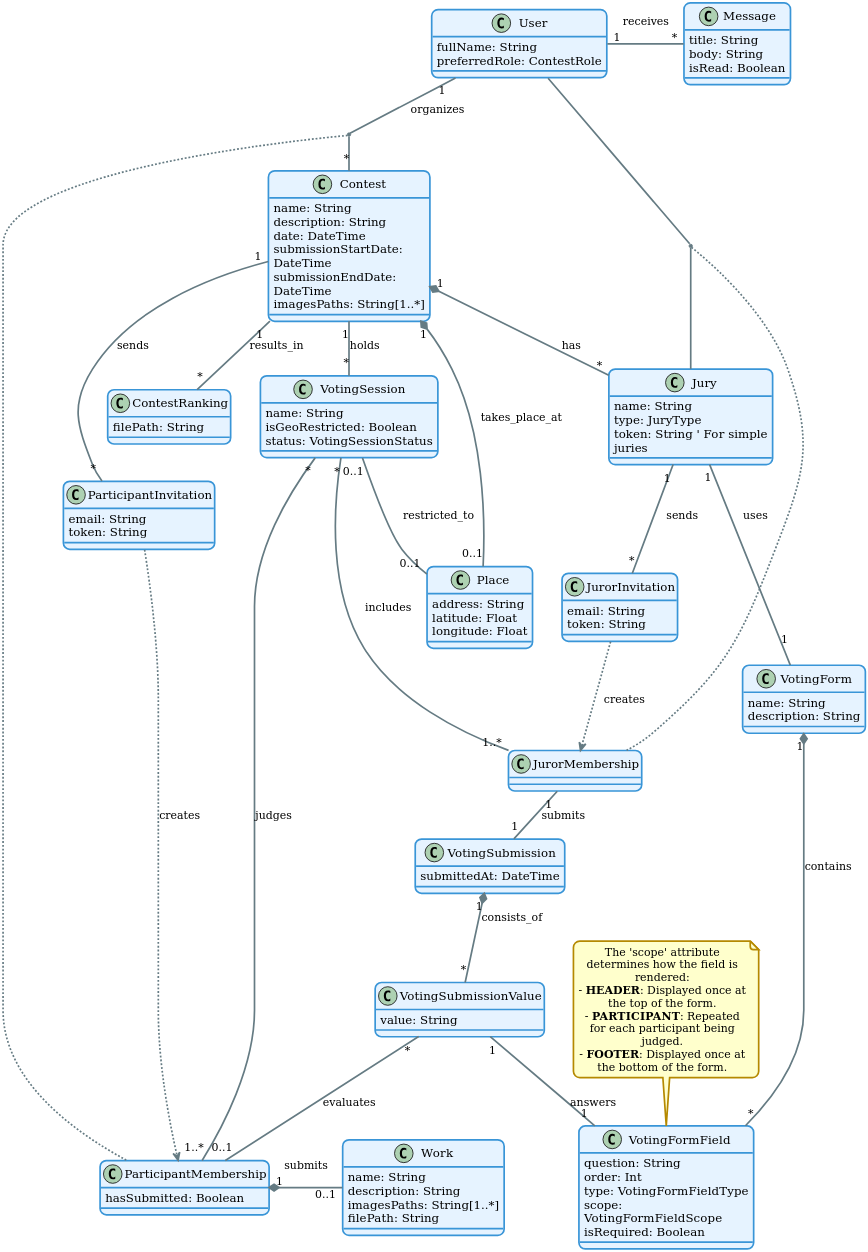
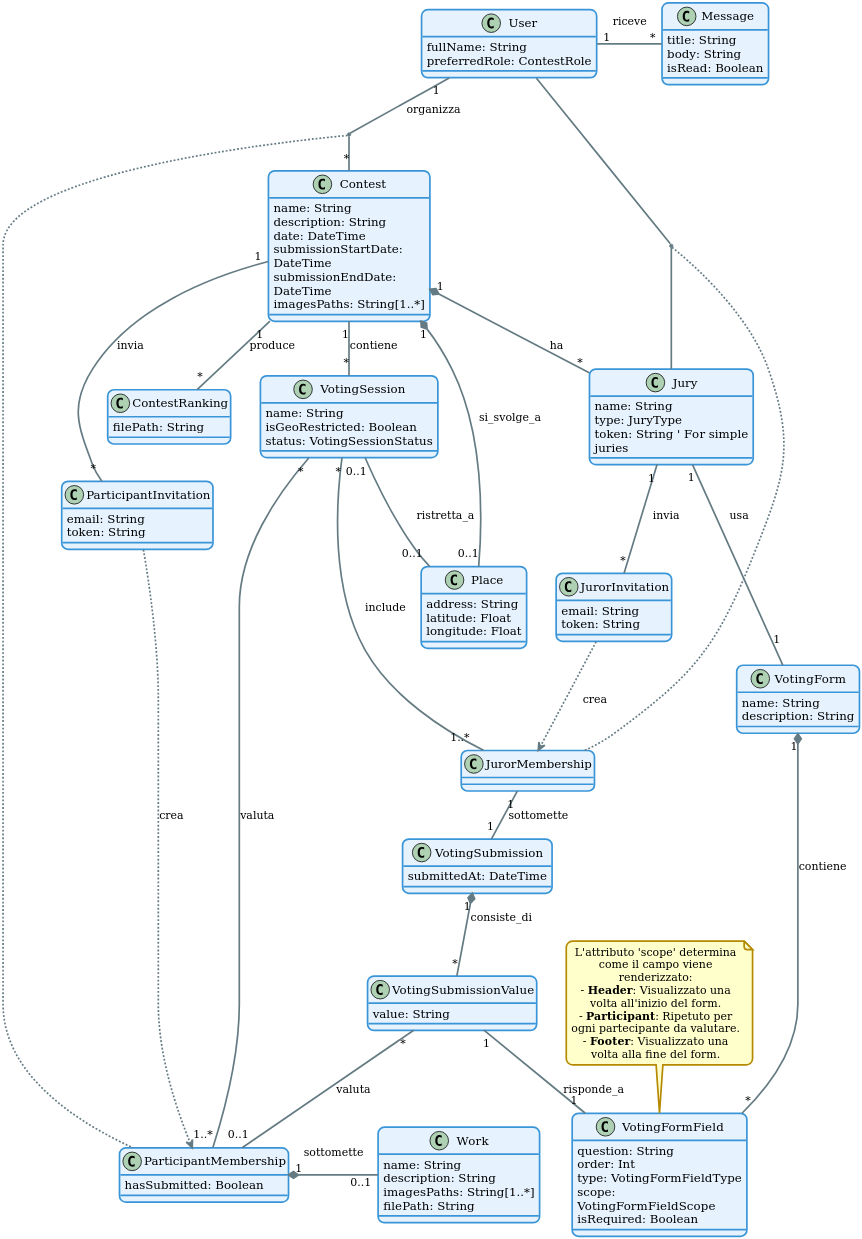
One commit to TMoretta/Swift-Contest changed the diagram in thesis/diagrams/src/class-diagram.puml. Above: the diagram before and after it, drawn with PlantUML. The commit also changed 61 other files, not shown here.

```diff
--- a/thesis/diagrams/src/class-diagram.puml
+++ b/thesis/diagrams/src/class-diagram.puml
@@ -1,156 +1,156 @@
 @startuml
 
 !theme sunlust
 skinparam dpi 300
 top to bottom direction
 skinparam backgroundColor transparent
 skinparam actorStyle awesome
 skinparam shadowing false
 skinparam ranksep 40
 
 skinparam class {
   backgroundColor #E6F3FF
   borderColor #3995D7
 }
 
 ' =======================================
 ' Definizione delle Classi
 ' =======================================
 
 class User {
   fullName: String
   preferredRole: ContestRole
 }
 
 class Message {
   title: String
   body: String
   isRead: Boolean
 }
 
 class Contest {
   name: String
   description: String
   date: DateTime
   submissionStartDate: DateTime
   submissionEndDate: DateTime
   imagesPaths: String[1..*]
 }
 
 class Place {
   address: String
   latitude: Float
   longitude: Float
 }
 
 class Work {
   name: String
   description: String
   imagesPaths: String[1..*]
   filePath: String
 }
 
 class Jury {
   name: String
   type: JuryType
   token: String ' For simple juries
 }
 
 class VotingForm {
   name: String
   description: String
 }
 
 class VotingFormField {
   question: String
   order: Int
   type: VotingFormFieldType
   scope: VotingFormFieldScope
   isRequired: Boolean
 }
 
 class VotingSession {
   name: String
   isGeoRestricted: Boolean
   status: VotingSessionStatus
 }
 
 class ContestRanking {
   filePath: String
 }
 
 class VotingSubmission {
   submittedAt: DateTime
 }
 
 class VotingSubmissionValue {
   value: String
 }
 
 ' --- Classi di Associazione e Invito ---
 class ParticipantMembership {
   hasSubmitted: Boolean
 }
 
 class JurorMembership {
 }
 
 class ParticipantInvitation {
   email: String
   token: String
 }
 
 class JurorInvitation {
   email: String
   token: String
 }
 
 ' --- Nota Esplicativa per la logica dello Scope ---
-note "The 'scope' attribute determines how the field is rendered:\n- **HEADER**: Displayed once at the top of the form.\n- **PARTICIPANT**: Repeated for each participant being judged.\n- **FOOTER**: Displayed once at the bottom of the form." as NOTE_VotingFormField
+note "L'attributo 'scope' determina come il campo viene renderizzato:\n- **Header**: Visualizzato una volta all'inizio del form.\n- **Participant**: Ripetuto per ogni partecipante da valutare.\n- **Footer**: Visualizzato una volta alla fine del form." as NOTE_VotingFormField
 NOTE_VotingFormField .- VotingFormField
 
 ' =======================================
 ' Definizione delle Relazioni
 ' =======================================
 
 ' --- Relazioni Principali ---
-User "1" -r- "*" Message : receives\n
-User "1" -- "*" Contest : organizes
+User "1" -r- "*" Message : riceve\n
+User "1" -- "*" Contest : organizza
 
 ' MODIFICA: Usata la composizione
-Contest "1" *-- "0..1" Place : takes_place_at
-Contest "1" *-- "*" Jury : has
-Contest "1" -- "*" ContestRanking : results_in
-Contest "1" -- "*" VotingSession : holds
+Contest "1" *-- "0..1" Place : si_svolge_a
+Contest "1" *-- "*" Jury : ha
+Contest "1" -- "*" ContestRanking : produce
+Contest "1" -- "*" VotingSession : contiene
 
 ' --- Relazioni per Inviti ---
-Contest "1" -- "*" ParticipantInvitation : sends
-Jury "1" -- "*" JurorInvitation : sends
-ParticipantInvitation ..> ParticipantMembership : creates
-JurorInvitation ..> JurorMembership : creates
+Contest "1" -- "*" ParticipantInvitation : invia
+Jury "1" -- "*" JurorInvitation : invia
+ParticipantInvitation ..> ParticipantMembership : crea
+JurorInvitation ..> JurorMembership : crea
 
 ' --- Relazioni per le Classi di Associazione ---
 (User, Contest) .. ParticipantMembership
 (User, Jury) .. JurorMembership
 
 ' MODIFICA: Usata la composizione
-ParticipantMembership "1" *-r- "0..1" Work : submits\n
+ParticipantMembership "1" *-r- "0..1" Work : sottomette\n
 
 ' --- Relazioni per il Processo di Voto ---
-Jury "1\n" -- "1\n" VotingForm : uses
-VotingForm "1" *-- "*" VotingFormField : contains
+Jury "1\n" -- "1\n" VotingForm : usa
+VotingForm "1" *-- "*" VotingFormField : contiene
 
-VotingSession "0..1" -- "0..1" Place : restricted_to
+VotingSession "0..1" -- "0..1" Place : ristretta_a
 
 ' --- Relazioni Molti-a-Molti per le Sessioni ---
-VotingSession "*" -- "1..*" JurorMembership : includes
-VotingSession "*" -- "1..*" ParticipantMembership : judges
+VotingSession "*" -- "1..*" JurorMembership : include
+VotingSession "*" -- "1..*" ParticipantMembership : valuta
 
 ' --- Relazioni per la Sottomissione dei Voti ---
-JurorMembership "1" -- "1" VotingSubmission : submits
+JurorMembership "1" -- "1" VotingSubmission : sottomette
 ' MODIFICA: Usata la composizione
-VotingSubmission "1" *-- "*" VotingSubmissionValue : consists_of
-VotingSubmissionValue "1" -- "1" VotingFormField : answers
-VotingSubmissionValue "*" -- "0..1" ParticipantMembership : evaluates
+VotingSubmission "1" *-- "*" VotingSubmissionValue : consiste_di
+VotingSubmissionValue "1" -- "1" VotingFormField : risponde_a
+VotingSubmissionValue "*" -- "0..1" ParticipantMembership : valuta
 
 @enduml
```
